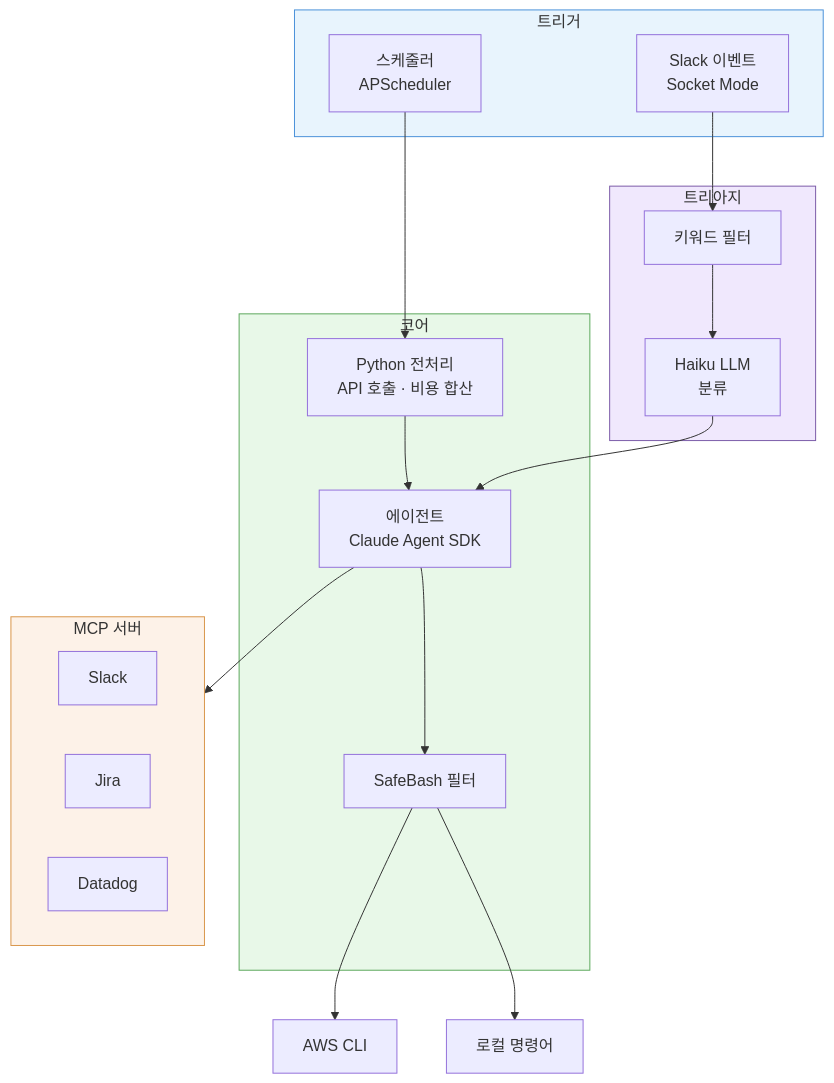
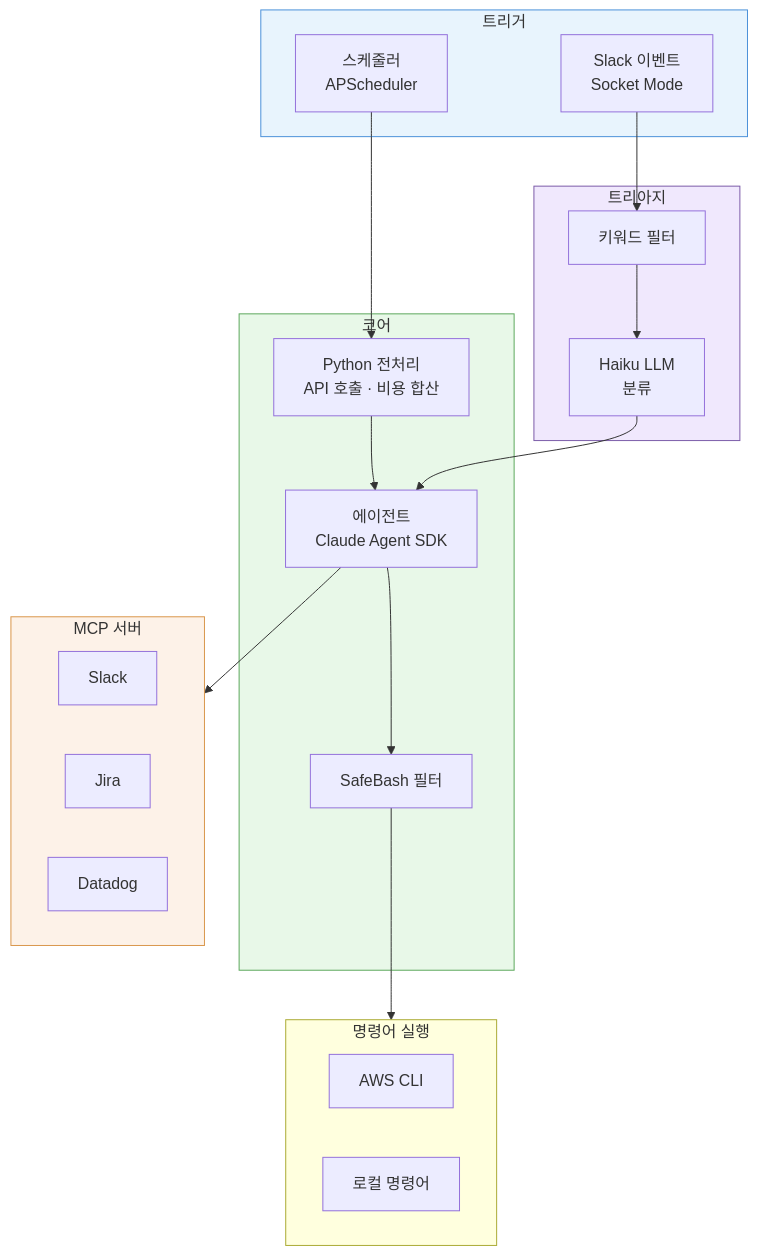
Before and after one commit to kimduksoo/duksoo-tech-blog: the diagram in content/ai/ai-infra-automation.md, drawn with Mermaid.

Commit message:
AWS CLI/로컬 명령어 서브그래프로 묶기

````diff
--- a/content/ai/ai-infra-automation.md
+++ b/content/ai/ai-infra-automation.md
@@ -26,35 +26,39 @@
 ```mermaid
 flowchart TB
     subgraph 트리거
         Cron[스케줄러<br/>APScheduler]
         Event[Slack 이벤트<br/>Socket Mode]
     end
 
     subgraph 트리아지
         KW[키워드 필터]
         Haiku[Haiku LLM<br/>분류]
     end
 
     subgraph 코어
         Pre[Python 전처리<br/>API 호출 · 비용 합산]
         Agent[에이전트<br/>Claude Agent SDK]
         Safe[SafeBash 필터]
     end
 
     subgraph MCP[MCP 서버]
         S[Slack]
         J[Jira]
         D[Datadog]
     end
 
     Cron --> Pre --> Agent
     Event --> KW --> Haiku --> Agent
-    Agent --> Safe --> AWS[AWS CLI]
-    Safe --> Local[로컬 명령어]
+    subgraph CLI[명령어 실행]
+        AWS[AWS CLI]
+        Local[로컬 명령어]
+    end
+
+    Agent --> Safe --> CLI
     Agent --> MCP
 
     style 트리거 fill:#e8f4fd,stroke:#4a90d9
     style 트리아지 fill:#f0e8fd,stroke:#7b5ba8
     style 코어 fill:#e8f8e8,stroke:#5ba85b
     style MCP fill:#fdf2e8,stroke:#d9964a
 ```
````
